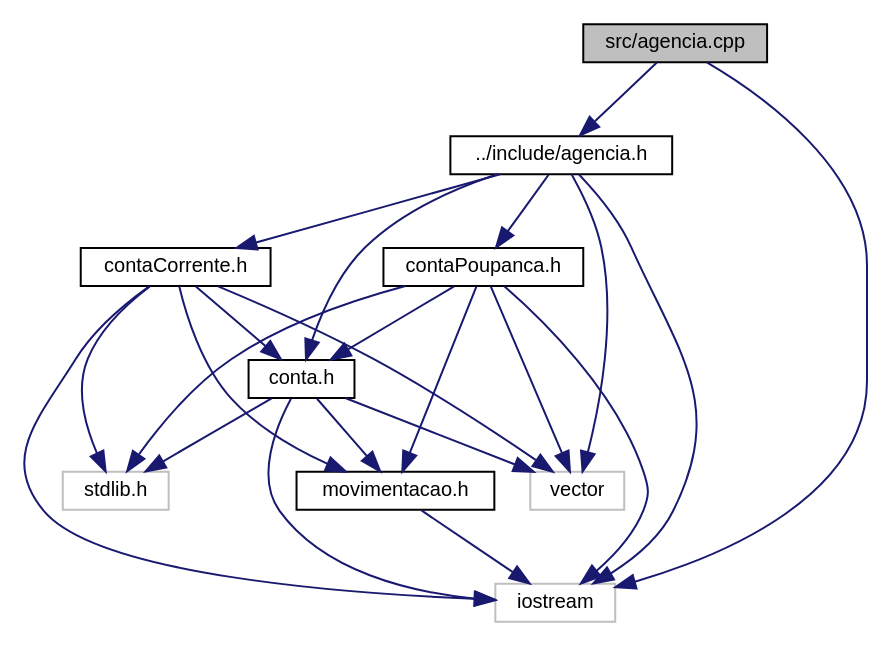
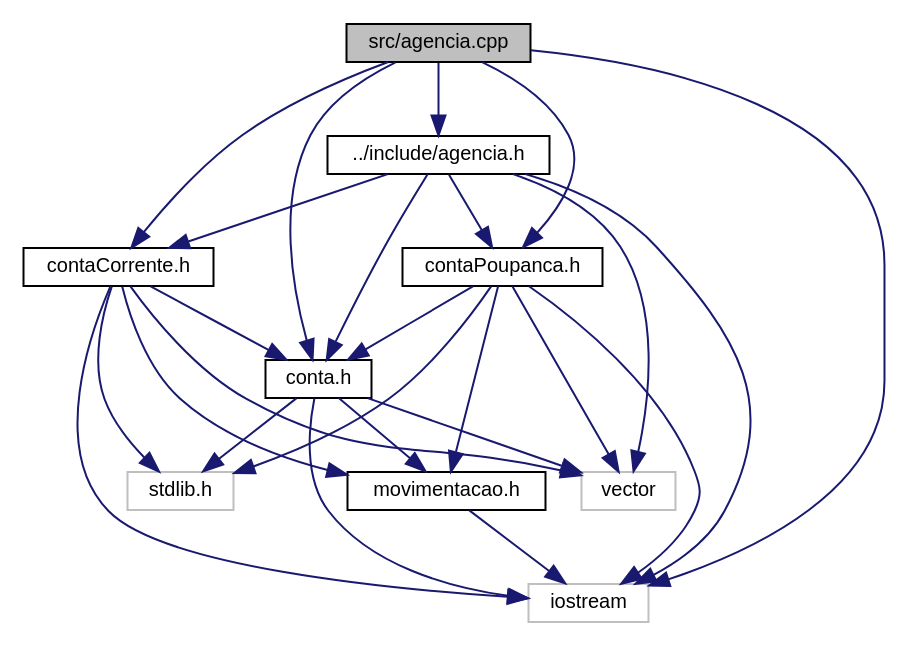
Before and after one commit to claudiocsjunior/laboratorio3: the diagram in questao3/doc/agencia_8cpp__incl.dot, drawn with Graphviz. The commit also changed 62 other files, not shown here.

```diff
--- a/questao3/doc/agencia_8cpp__incl.dot
+++ b/questao3/doc/agencia_8cpp__incl.dot
@@ -1,36 +1,39 @@
 digraph "src/agencia.cpp"
 {
   edge [fontname="Helvetica",fontsize="10",labelfontname="Helvetica",labelfontsize="10"];
   node [fontname="Helvetica",fontsize="10",shape=record];
   Node1 [label="src/agencia.cpp",height=0.2,width=0.4,color="black", fillcolor="grey75", style="filled", fontcolor="black"];
   Node1 -> Node2 [color="midnightblue",fontsize="10",style="solid",fontname="Helvetica"];
   Node2 [label="iostream",height=0.2,width=0.4,color="grey75", fillcolor="white", style="filled"];
   Node1 -> Node3 [color="midnightblue",fontsize="10",style="solid",fontname="Helvetica"];
   Node3 [label="../include/agencia.h",height=0.2,width=0.4,color="black", fillcolor="white", style="filled",URL="$agencia_8h.html",tooltip="Classe responsável por gerênciar todas as contas. "];
   Node3 -> Node2 [color="midnightblue",fontsize="10",style="solid",fontname="Helvetica"];
   Node3 -> Node4 [color="midnightblue",fontsize="10",style="solid",fontname="Helvetica"];
   Node4 [label="contaCorrente.h",height=0.2,width=0.4,color="black", fillcolor="white", style="filled",URL="$contaCorrente_8h.html",tooltip="Classe responsável por gerênciar as contas correntes. "];
   Node4 -> Node2 [color="midnightblue",fontsize="10",style="solid",fontname="Helvetica"];
   Node4 -> Node5 [color="midnightblue",fontsize="10",style="solid",fontname="Helvetica"];
   Node5 [label="movimentacao.h",height=0.2,width=0.4,color="black", fillcolor="white", style="filled",URL="$movimentacao_8h.html",tooltip="Classe responsável por gerênciar os movimentos por conta. "];
   Node5 -> Node2 [color="midnightblue",fontsize="10",style="solid",fontname="Helvetica"];
   Node4 -> Node6 [color="midnightblue",fontsize="10",style="solid",fontname="Helvetica"];
   Node6 [label="vector",height=0.2,width=0.4,color="grey75", fillcolor="white", style="filled"];
   Node4 -> Node7 [color="midnightblue",fontsize="10",style="solid",fontname="Helvetica"];
   Node7 [label="stdlib.h",height=0.2,width=0.4,color="grey75", fillcolor="white", style="filled"];
   Node4 -> Node8 [color="midnightblue",fontsize="10",style="solid",fontname="Helvetica"];
   Node8 [label="conta.h",height=0.2,width=0.4,color="black", fillcolor="white", style="filled",URL="$conta_8h.html",tooltip="Classe responsável por gerênciar as contas. "];
   Node8 -> Node2 [color="midnightblue",fontsize="10",style="solid",fontname="Helvetica"];
   Node8 -> Node5 [color="midnightblue",fontsize="10",style="solid",fontname="Helvetica"];
   Node8 -> Node6 [color="midnightblue",fontsize="10",style="solid",fontname="Helvetica"];
   Node8 -> Node7 [color="midnightblue",fontsize="10",style="solid",fontname="Helvetica"];
   Node3 -> Node6 [color="midnightblue",fontsize="10",style="solid",fontname="Helvetica"];
   Node3 -> Node9 [color="midnightblue",fontsize="10",style="solid",fontname="Helvetica"];
   Node9 [label="contaPoupanca.h",height=0.2,width=0.4,color="black", fillcolor="white", style="filled",URL="$contaPoupanca_8h.html",tooltip="Classe responsável por gerênciar as contas poupança. "];
   Node9 -> Node2 [color="midnightblue",fontsize="10",style="solid",fontname="Helvetica"];
   Node9 -> Node5 [color="midnightblue",fontsize="10",style="solid",fontname="Helvetica"];
   Node9 -> Node6 [color="midnightblue",fontsize="10",style="solid",fontname="Helvetica"];
   Node9 -> Node7 [color="midnightblue",fontsize="10",style="solid",fontname="Helvetica"];
   Node9 -> Node8 [color="midnightblue",fontsize="10",style="solid",fontname="Helvetica"];
   Node3 -> Node8 [color="midnightblue",fontsize="10",style="solid",fontname="Helvetica"];
+  Node1 -> Node8 [color="midnightblue",fontsize="10",style="solid",fontname="Helvetica"];
+  Node1 -> Node4 [color="midnightblue",fontsize="10",style="solid",fontname="Helvetica"];
+  Node1 -> Node9 [color="midnightblue",fontsize="10",style="solid",fontname="Helvetica"];
 }
```
